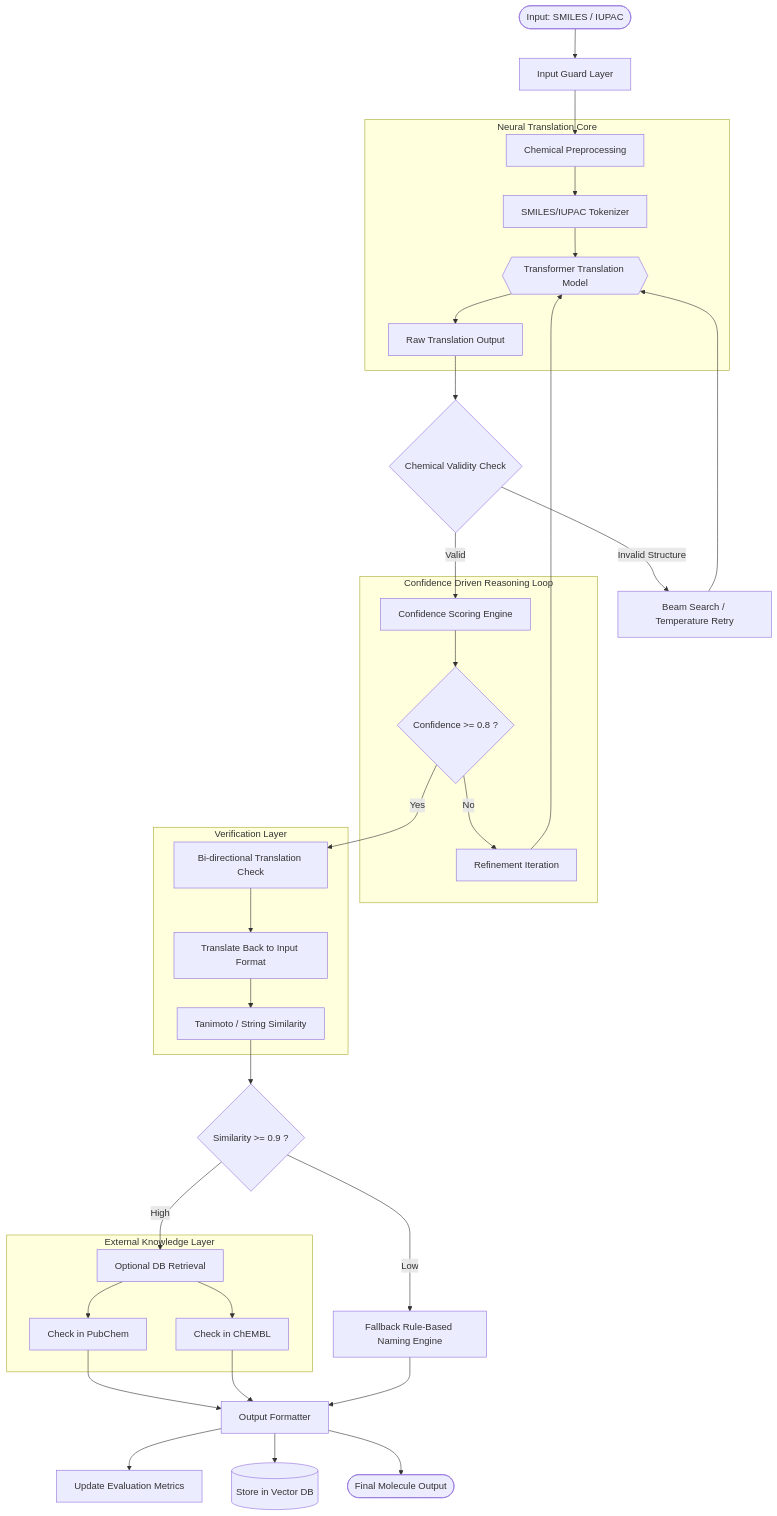
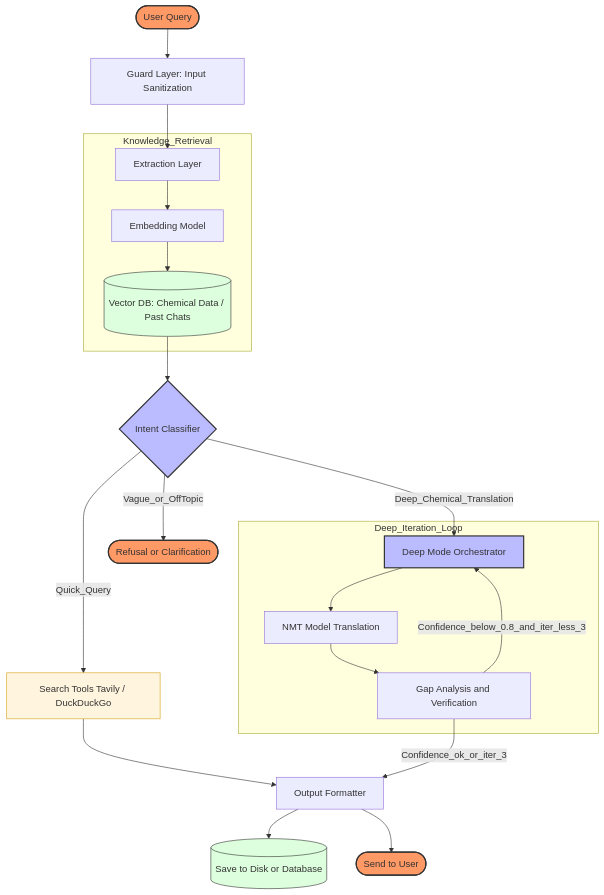
Before and after one commit to Sudiksha1107/GSOC-DeepChem: the diagram in README.md, drawn with Mermaid.

````diff
--- a/README.md
+++ b/README.md
@@ -1,61 +1,44 @@
 ```mermaid
 graph TD
 
-%% INPUT LAYER
-Start([Input: SMILES / IUPAC]) --> Guard[Input Guard Layer]
-Guard --> PreProc[Chemical Preprocessing]
+%% Node Styles
+classDef start_end fill:#f96,stroke:#333,stroke-width:2px;
+classDef vector_db fill:#dfd,stroke:#333,stroke-width:1px;
+classDef orchestrator fill:#bbf,stroke:#333,stroke-width:2px;
+classDef tools fill:#fff4dd,stroke:#d4a017,stroke-width:1px;
 
-%% TRANSLATION CORE
-subgraph "Neural Translation Core"
-    PreProc --> Tokenizer[SMILES/IUPAC Tokenizer]
-    Tokenizer --> Model{{Transformer Translation Model}}
-    Model --> RawOutput[Raw Translation Output]
+Start([User Query]) --> Guard[Guard Layer: Input Sanitization]
+Guard --> Extract[Extraction Layer]
+
+subgraph Knowledge_Retrieval
+    Extract --> Embed[Embedding Model]
+    Embed --> RAG[(Vector DB: Chemical Data / Past Chats)]
 end
 
-%% CHEMICAL VALIDATION
-RawOutput --> Validity{Chemical Validity Check}
+RAG --> Classify{Intent Classifier}
 
-Validity -- Invalid Structure --> Retry[Beam Search / Temperature Retry]
-Retry --> Model
+Classify -- Vague_or_OffTopic --> End([Refusal or Clarification])
 
-Validity -- Valid --> ConfidenceEngine[Confidence Scoring Engine]
+Classify -- Quick_Query --> Tools[Search Tools Tavily / DuckDuckGo]
 
-%% CONFIDENCE REASONING LOOP
-subgraph "Confidence Driven Reasoning Loop"
-    ConfidenceEngine --> Score{Confidence >= 0.8 ?}
-    Score -- No --> Refine[Refinement Iteration]
-    Refine --> Model
+Classify -- Deep_Chemical_Translation --> Deep[Deep Mode Orchestrator]
+
+subgraph Deep_Iteration_Loop
+    Deep --> Translation[NMT Model Translation]
+    Translation --> Gap[Gap Analysis and Verification]
+    Gap -- Confidence_below_0.8_and_iter_less_3 --> Deep
 end
 
-Score -- Yes --> CrossCheck[Bi-directional Translation Check]
+Tools --> Formatter[Output Formatter]
 
-%% VERIFICATION
-subgraph "Verification Layer"
-    CrossCheck --> Reverse[Translate Back to Input Format]
-    Reverse --> Similarity[Tanimoto / String Similarity]
-end
+Gap -- Confidence_ok_or_iter_3 --> Formatter
 
-Similarity --> Verify{Similarity >= 0.9 ?}
+Formatter --> Save[(Save to Disk or Database)]
 
-%% KNOWLEDGE RETRIEVAL
-Verify -- High --> Retrieval[Optional DB Retrieval]
+Formatter --> User([Send to User])
 
-subgraph "External Knowledge Layer"
-    Retrieval --> PubChemCheck[Check in PubChem]
-    Retrieval --> ChEMBLCheck[Check in ChEMBL]
-end
-
-PubChemCheck --> Formatter
-ChEMBLCheck --> Formatter
-
-%% FALLBACK ENGINE
-Verify -- Low --> RuleEngine[Fallback Rule-Based Naming Engine]
-RuleEngine --> Formatter
-
-%% OUTPUT
-Formatter[Output Formatter]
-
-Formatter --> Metrics[Update Evaluation Metrics]
-Formatter --> VectorDB[(Store in Vector DB)]
-Formatter --> End([Final Molecule Output])
+class Start,End,User start_end
+class RAG,Save vector_db
+class Deep,Classify orchestrator
+class Tools tools
 ```
````
